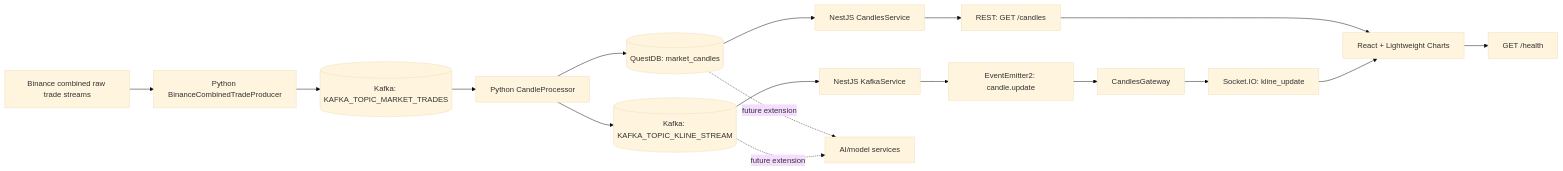
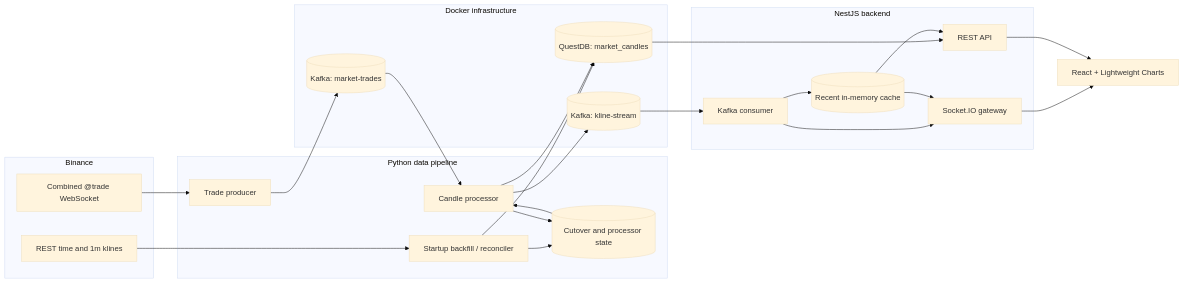
One commit to Zane-Theodore/NexTick changed the first of 2 diagrams in docs/architecture.md. Above: the diagram before and after it, drawn with Mermaid (base theme). The commit also changed other lines of this file and 1 other file, not shown here.

````diff
--- a/docs/architecture.md
+++ b/docs/architecture.md
@@ -9,22 +24,41 @@
 ```mermaid
 flowchart LR
-  binance["Binance combined raw trade streams"] --> producer["Python BinanceCombinedTradeProducer"]
-  producer --> marketTrades[("Kafka: KAFKA_TOPIC_MARKET_TRADES")]
-  marketTrades --> processor["Python CandleProcessor"]
-  processor --> questdb[("QuestDB: market_candles")]
-  processor --> kline[("Kafka: KAFKA_TOPIC_KLINE_STREAM")]
+  subgraph Exchange["Binance"]
+    Trades["Combined @trade WebSocket"]
+    RestKlines["REST time and 1m klines"]
+  end
 
-  questdb --> candlesApi["NestJS CandlesService"]
-  candlesApi --> rest["REST: GET /candles"]
-  kline --> kafkaSvc["NestJS KafkaService"]
-  kafkaSvc --> eventBus["EventEmitter2: candle.update"]
-  eventBus --> gateway["CandlesGateway"]
-  gateway --> socket["Socket.IO: kline_update"]
+  subgraph Pipeline["Python data pipeline"]
+    Producer["Trade producer"]
+    Backfill["Startup backfill / reconciler"]
+    Processor["Candle processor"]
+    State[("Cutover and processor state")]
+  end
 
-  rest --> frontend["React + Lightweight Charts"]
-  socket --> frontend
-  frontend --> health["GET /health"]
+  subgraph Infrastructure["Docker infrastructure"]
+    MarketTrades[("Kafka: market-trades")]
+    KlineStream[("Kafka: kline-stream")]
+    QuestDB[("QuestDB: market_candles")]
+  end
 
-  questdb -. future extension .-> ai["AI/model services"]
-  kline -. future extension .-> ai
+  subgraph API["NestJS backend"]
+    KafkaConsumer["Kafka consumer"]
+    Cache[("Recent in-memory cache")]
+    RestApi["REST API"]
+    Gateway["Socket.IO gateway"]
+  end
+
+  Browser["React + Lightweight Charts"]
+
+  Trades --> Producer --> MarketTrades --> Processor
+  RestKlines --> Backfill --> QuestDB
+  Backfill --> State --> Processor
+  Processor --> State
+  Processor --> QuestDB
+  Processor --> KlineStream --> KafkaConsumer
+  KafkaConsumer --> Cache
+  KafkaConsumer --> Gateway --> Browser
+  QuestDB --> RestApi
+  Cache --> RestApi --> Browser
+  Cache --> Gateway
 ```
````
